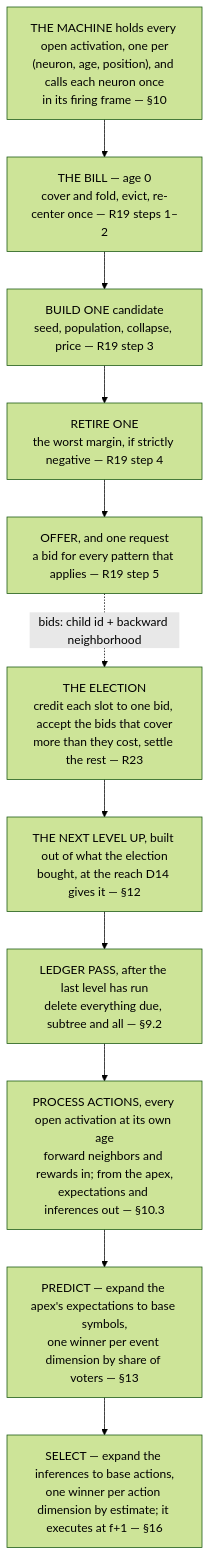
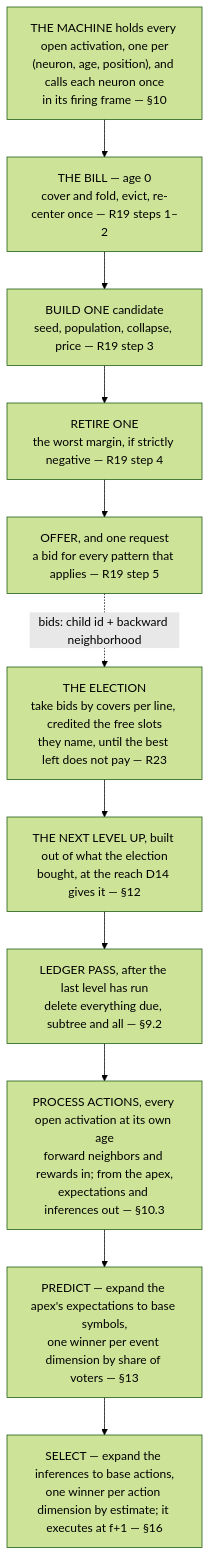
One commit to cucar/robot_brain changed the diagram in docs/algorithm-remarks.md. Above: the diagram before and after it, drawn with Mermaid (forest theme). The commit also changed other lines of this file and 3 other files, not shown here.

````diff
--- a/docs/algorithm-remarks.md
+++ b/docs/algorithm-remarks.md
@@ -806,14 +868,14 @@
 ```mermaid
 flowchart TD
     A["THE MACHINE holds every open activation, one per<br/>(neuron, age, position), and calls each neuron once<br/>in its firing frame — §10"]
     A --> B["THE BILL — age 0<br/>cover and fold, evict, re-center once — R19 steps 1–2"]
     B --> M["BUILD ONE candidate<br/>seed, population, collapse, price — R19 step 3"]
     M --> DEL["RETIRE ONE<br/>the worst margin, if strictly negative — R19 step 4"]
     DEL --> P["OFFER, and one request<br/>a bid for every pattern that applies — R19 step 5"]
-    P -.->|"bids: child id + backward neighborhood"| X["THE ELECTION<br/>credit each slot to one bid, accept the bids that cover<br/>more than they cost, settle the rest — R23"]
+    P -.->|"bids: child id + backward neighborhood"| X["THE ELECTION<br/>take bids by covers per line, credited the free slots<br/>they name, until the best left does not pay — R23"]
     X --> O["THE NEXT LEVEL UP, built out of what the election<br/>bought, at the reach D14 gives it — §12"]
     O --> Z["LEDGER PASS, after the last level has run<br/>delete everything due, subtree and all — §9.2"]
     Z --> W["PROCESS ACTIONS, every open activation at its own age<br/>forward neighbors and rewards in; from the apex,<br/>expectations and inferences out — §10.3"]
     W --> Y["PREDICT — expand the apex's expectations to base symbols,<br/>one winner per event dimension by share of voters — §13"]
     Y --> S["SELECT — expand the inferences to base actions,<br/>one winner per action dimension by estimate; it executes at f+1 — §16"]
 ```
````
